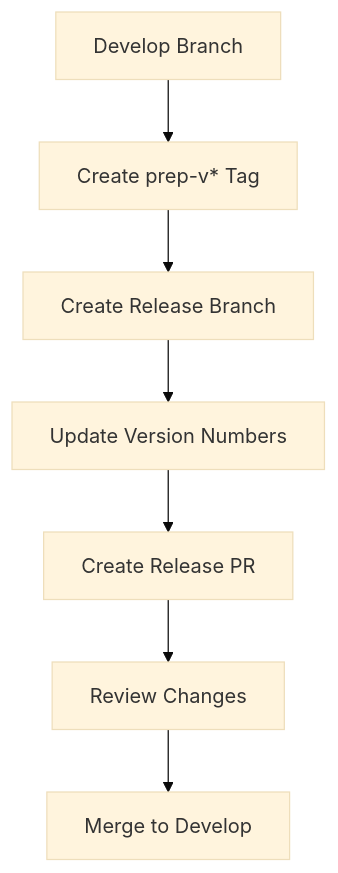
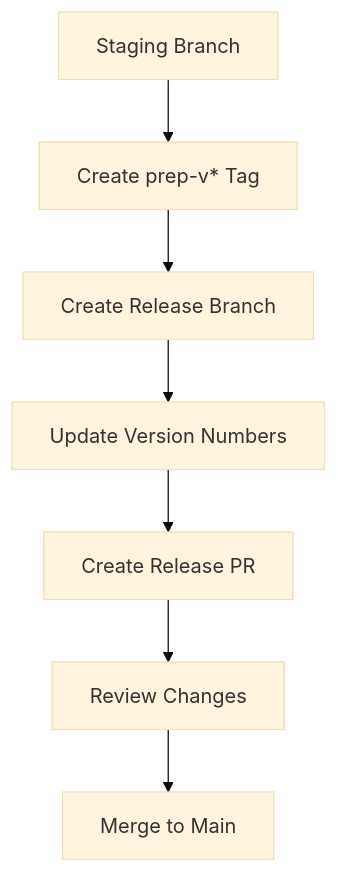
Before and after one commit to deepworks-net/github.toolkit: the second of 4 diagrams in docs/release-process.md, drawn with Mermaid (base theme). The commit also changed other lines of this file, not shown here.

First line of the commit message:
Update release process to reflect develop → staging → main workflow

````diff
--- a/docs/release-process.md
+++ b/docs/release-process.md
@@ -29,9 +29,9 @@
 ```mermaid
 graph TD
-    A[Develop Branch] --> B[Create prep-v* Tag]
+    A[Staging Branch] --> B[Create prep-v* Tag]
     B --> C[Create Release Branch]
     C --> D[Update Version Numbers]
     D --> E[Create Release PR]
     E --> F[Review Changes]
-    F --> G[Merge to Develop]
+    F --> G[Merge to Main]
 ```
````
